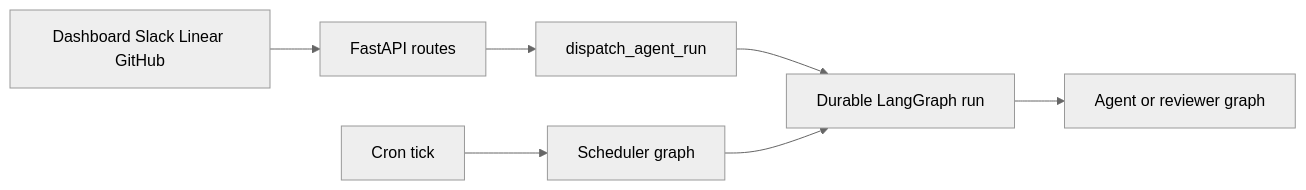
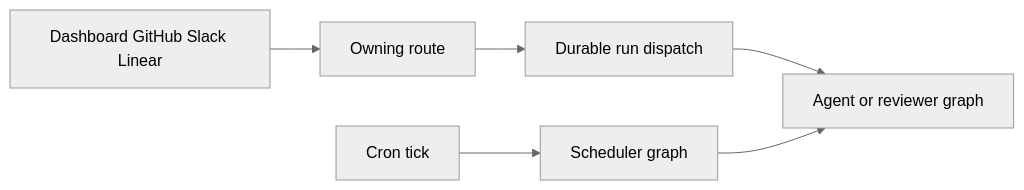
One commit to langchain-ai/open-swe changed the diagram in openwiki/quickstart.md. Above: the diagram before and after it, drawn with Mermaid (neutral theme). The commit also changed other lines of this file and 51 other files, not shown here.

````diff
--- a/openwiki/quickstart.md
+++ b/openwiki/quickstart.md
@@ -89,9 +100,8 @@
 ```mermaid
 flowchart LR
-    Trigger["Dashboard Slack Linear GitHub"] --> Api["FastAPI routes"]
-    Api --> Dispatch["dispatch_agent_run"]
-    Dispatch --> Run["Durable LangGraph run"]
-    Run --> Agent["Agent or reviewer graph"]
+    Product["Dashboard GitHub Slack Linear"] --> Ingress["Owning route"]
+    Ingress --> Dispatch["Durable run dispatch"]
+    Dispatch --> Graph["Agent or reviewer graph"]
     Cron["Cron tick"] --> Scheduler["Scheduler graph"]
-    Scheduler --> Run
+    Scheduler --> Graph
 ```
````
